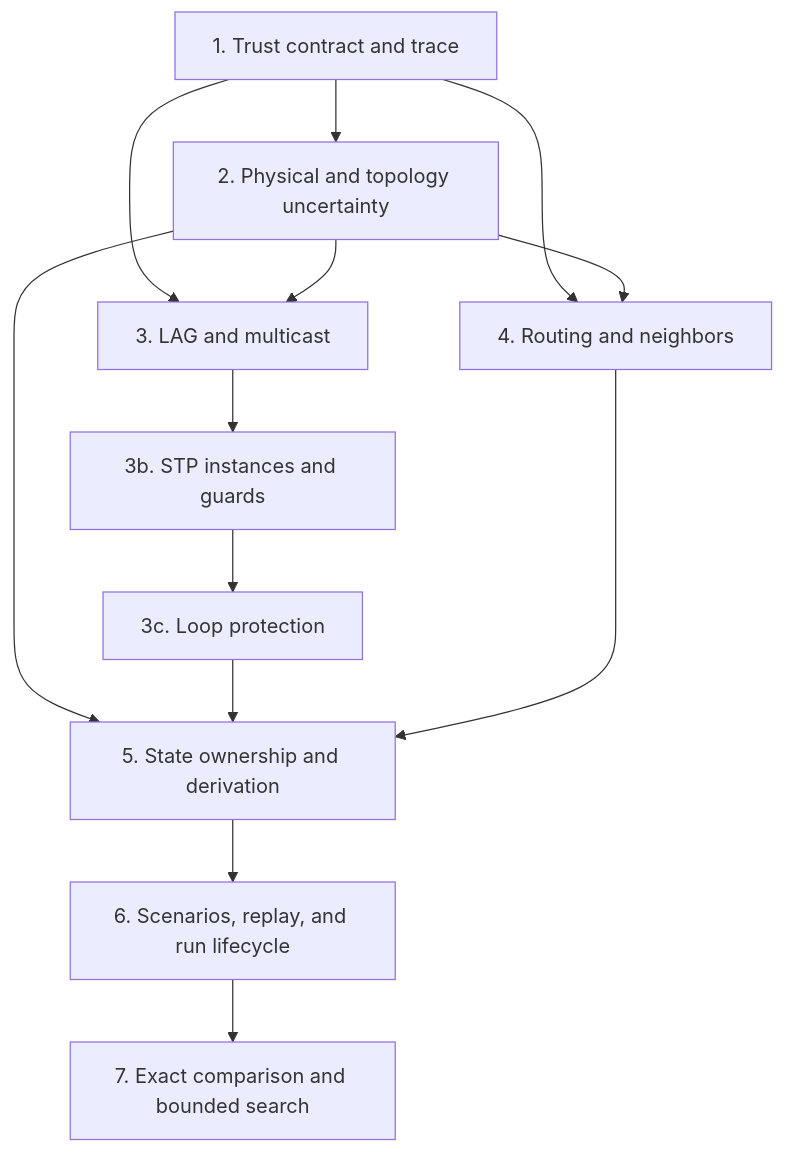
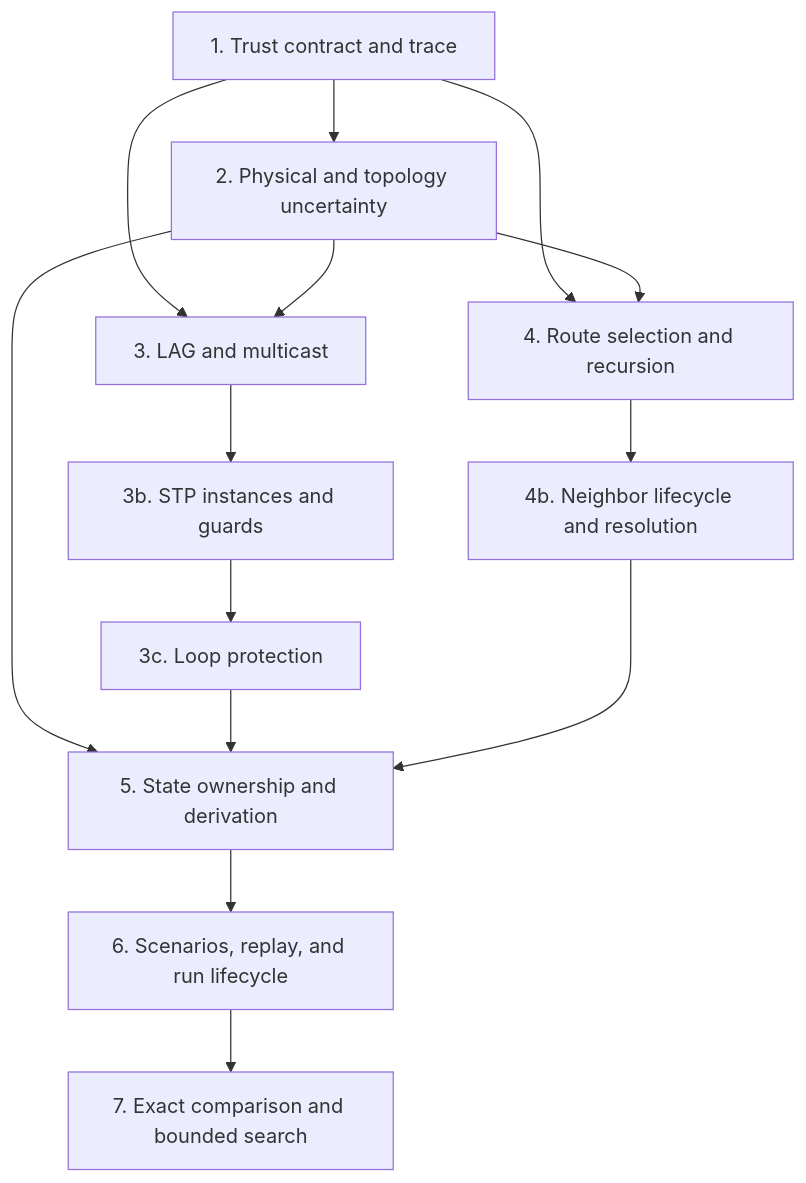
One commit to Aledantee/FlowSeer changed the fourth of 4 diagrams in docs/plans/2026-09-12-1339-feat-netsim-analysis-completeness-plan.md. Above: the diagram before and after it, drawn with Mermaid. The commit also changed other lines of this file and 2 other files, not shown here.

First line of the commit message:
docs(netsim): re-plan phase 4 as route selection, splitting neighbor work into 4b

````diff
--- a/docs/plans/2026-09-12-1339-feat-netsim-analysis-completeness-plan.md
+++ b/docs/plans/2026-09-12-1339-feat-netsim-analysis-completeness-plan.md
@@ -255,15 +255,16 @@
 ```mermaid
 flowchart TD
     P1[1. Trust contract and trace] --> P2[2. Physical and topology uncertainty]
     P1 --> P3[3. LAG and multicast]
     P2 --> P3
     P3 --> P3b[3b. STP instances and guards]
     P3b --> P3c[3c. Loop protection]
-    P1 --> P4[4. Routing and neighbors]
+    P1 --> P4[4. Route selection and recursion]
     P2 --> P4
+    P4 --> P4b[4b. Neighbor lifecycle and resolution]
     P2 --> P5[5. State ownership and derivation]
     P3c --> P5
-    P4 --> P5
+    P4b --> P5
     P5 --> P6[6. Scenarios, replay, and run lifecycle]
     P6 --> P7[7. Exact comparison and bounded search]
 ```
````
